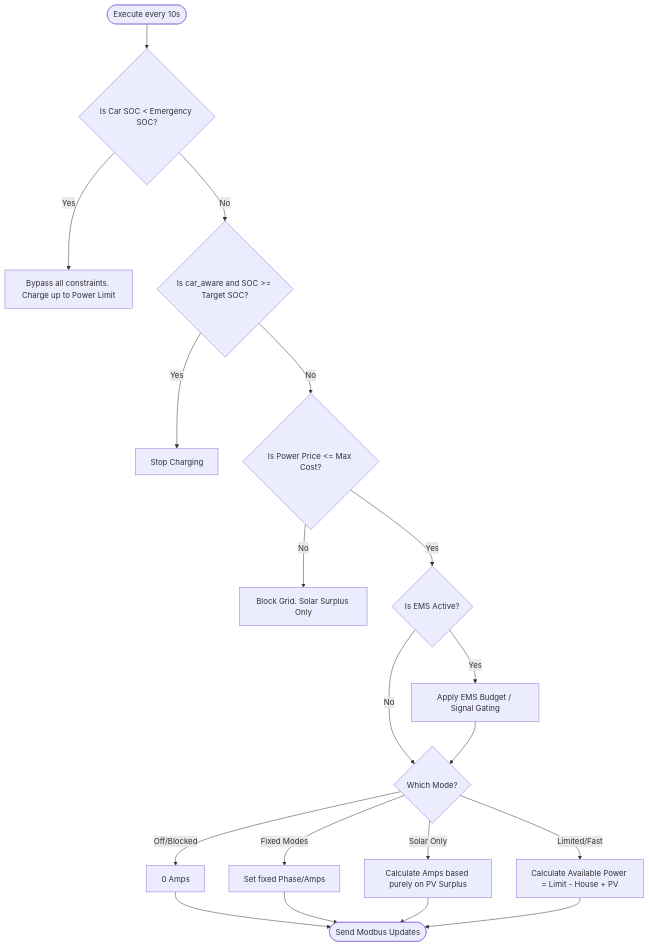
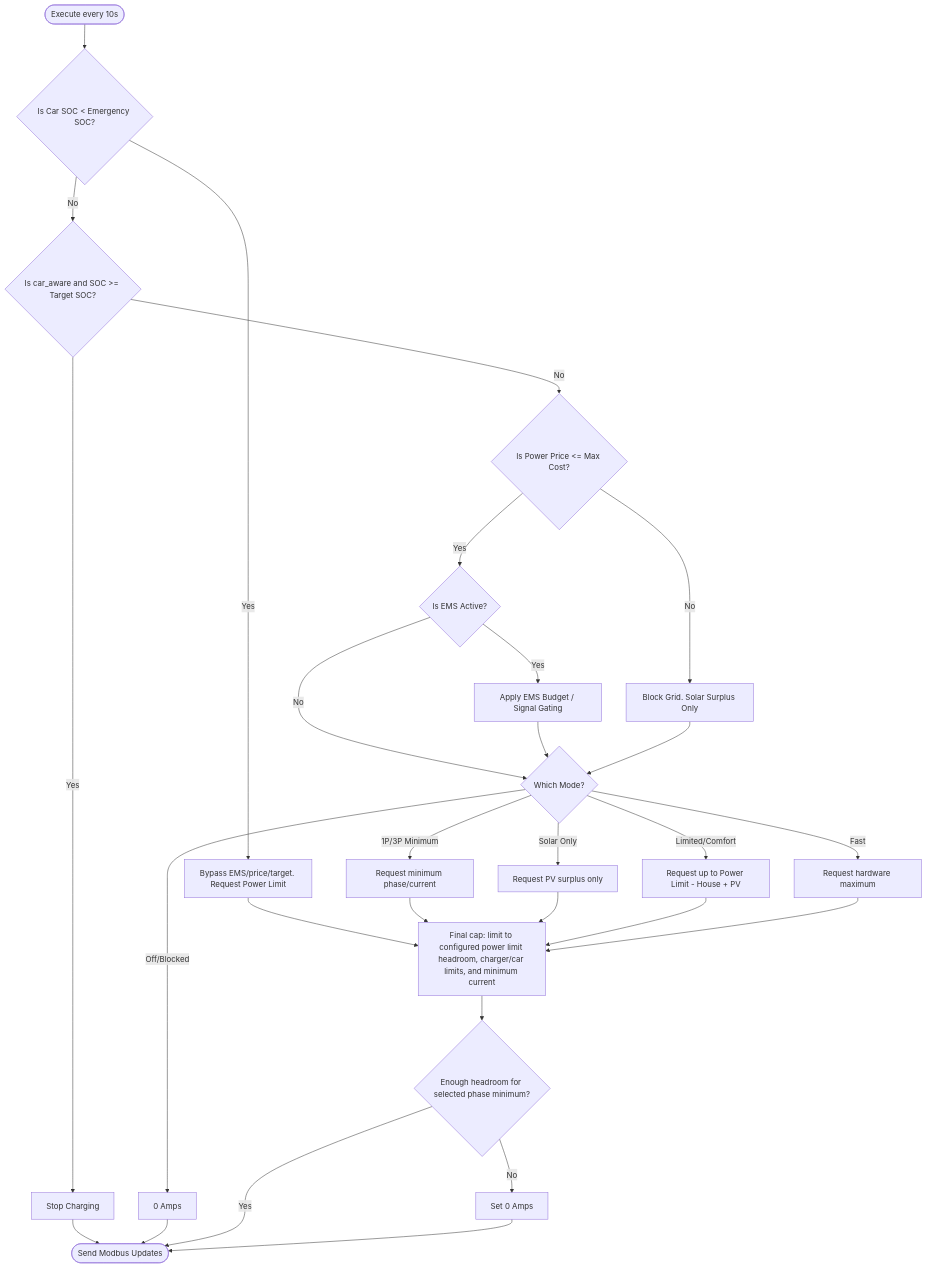
One commit to straybiker/HA-load-balancer changed the second of 2 diagrams in README.md. Above: the diagram before and after it, drawn with Mermaid. The commit also changed other lines of this file and 1 other file, not shown here.

Commit message:
clarify cases that still respect the overal power_limit even when fast or fixed phases is set

````diff
--- a/README.md
+++ b/README.md
@@ -212,27 +212,37 @@
 ```mermaid
 flowchart TD
     Start([Execute every 10s]) --> Emergency{Is Car SOC < Emergency SOC?}
-    Emergency -- Yes --> MaxLimit[Bypass all constraints. Charge up to Power Limit]
+    Emergency -- Yes --> MaxLimit[Bypass EMS/price/target. Request Power Limit]
     Emergency -- No --> Target{Is car_aware and SOC >= Target SOC?}
 
     Target -- Yes --> StopCharge[Stop Charging]
     Target -- No --> Price{Is Power Price <= Max Cost?}
 
     Price -- No --> Block[Block Grid. Solar Surplus Only]
     Price -- Yes --> EMS{Is EMS Active?}
 
     EMS -- Yes --> EMSGating[Apply EMS Budget / Signal Gating]
     EMS -- No --> ModeCheck
 
     EMSGating --> ModeCheck{Which Mode?}
 
     ModeCheck -- Off/Blocked --> MOff[0 Amps]
-    ModeCheck -- Fixed Modes --> MFixed[Set fixed Phase/Amps]
-    ModeCheck -- Solar Only --> MSolar[Calculate Amps based purely on PV Surplus]
-    ModeCheck -- Limited/Fast --> MLimit[Calculate Available Power = Limit - House + PV]
+    ModeCheck -- 1P/3P Minimum --> MFixed[Request minimum phase/current]
+    ModeCheck -- Solar Only --> MSolar[Request PV surplus only]
+    ModeCheck -- Limited/Comfort --> MLimit[Request up to Power Limit - House + PV]
+    ModeCheck -- Fast --> MFast[Request hardware maximum]
 
-    MOff --> SetCharger([Send Modbus Updates])
-    MFixed --> SetCharger
-    MSolar --> SetCharger
-    MLimit --> SetCharger
+    MaxLimit --> FinalCap
+    StopCharge --> SetCharger([Send Modbus Updates])
+    Block --> ModeCheck
+    MOff --> SetCharger
+    MFixed --> FinalCap
+    MSolar --> FinalCap
+    MLimit --> FinalCap
+    MFast --> FinalCap
+
+    FinalCap[Final cap: limit to configured power limit headroom, charger/car limits, and minimum current] --> EnoughHeadroom{Enough headroom for selected phase minimum?}
+    EnoughHeadroom -- No --> StopAtZero[Set 0 Amps]
+    EnoughHeadroom -- Yes --> SetCharger
+    StopAtZero --> SetCharger
 ```
````
